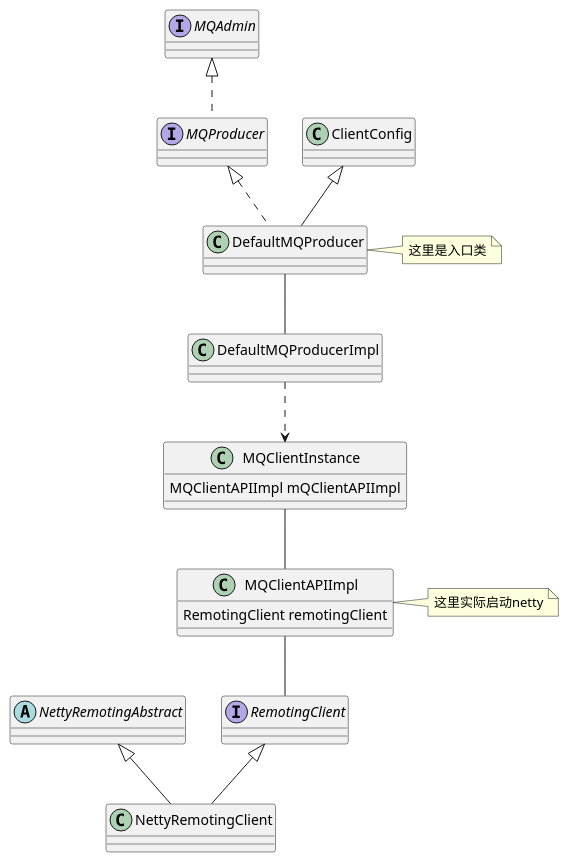
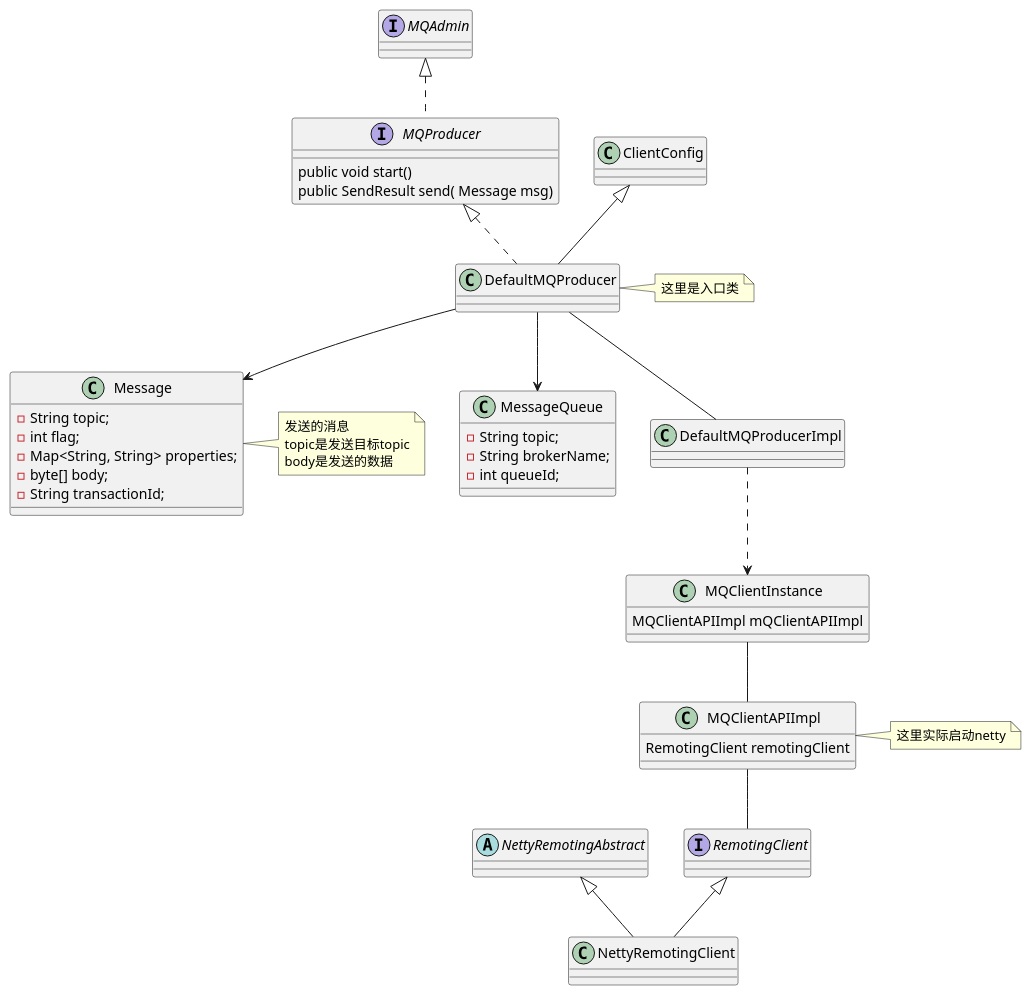
The diagram in mydoc/client/ClientDefaultProducer/ClientDefaultProducer核心类图.puml (spiritSport/rocketmq), drawn with PlantUML before and after one commit. The commit also changed 22 other files, not shown here.

```diff
--- a/mydoc/client/ClientDefaultProducer/ClientDefaultProducer核心类图.puml
+++ b/mydoc/client/ClientDefaultProducer/ClientDefaultProducer核心类图.puml
@@ -1,52 +1,75 @@
 @startuml
 
 interface MQAdmin{
 }
 
 interface MQProducer{
+public void start()
+public SendResult send( Message msg)
 }
 
 class ClientConfig{
 }
 
 class DefaultMQProducer{
 }
 note right:这里是入口类
+
+class Message{
+    - String topic;
+    - int flag;
+    - Map<String, String> properties;
+    - byte[] body;
+    - String transactionId;
+}
+DefaultMQProducer-->Message
+note right
+发送的消息
+topic是发送目标topic
+body是发送的数据
+end note
+
+class MessageQueue{
+    - String topic;
+    - String brokerName;
+    - int queueId;
+}
+DefaultMQProducer-->MessageQueue
 class DefaultMQProducerImpl{
 
 }
 
 class MQClientInstance {
  MQClientAPIImpl mQClientAPIImpl
 }
 
 class MQClientAPIImpl{
 RemotingClient remotingClient
 }
 note right:这里实际启动netty
 
 MQClientInstance -- MQClientAPIImpl
 
 MQClientAPIImpl -- RemotingClient
 
 interface RemotingClient{
 }
 
 abstract class NettyRemotingAbstract{
 
 }
 
 class NettyRemotingClient{
 }
 RemotingClient<|--NettyRemotingClient
 NettyRemotingAbstract <|--NettyRemotingClient
 
 
 MQAdmin <|.. MQProducer
 MQProducer <|.. DefaultMQProducer
 ClientConfig <|-- DefaultMQProducer
 DefaultMQProducer -- DefaultMQProducerImpl
 DefaultMQProducerImpl ..> MQClientInstance
 
 
 @enduml
```
